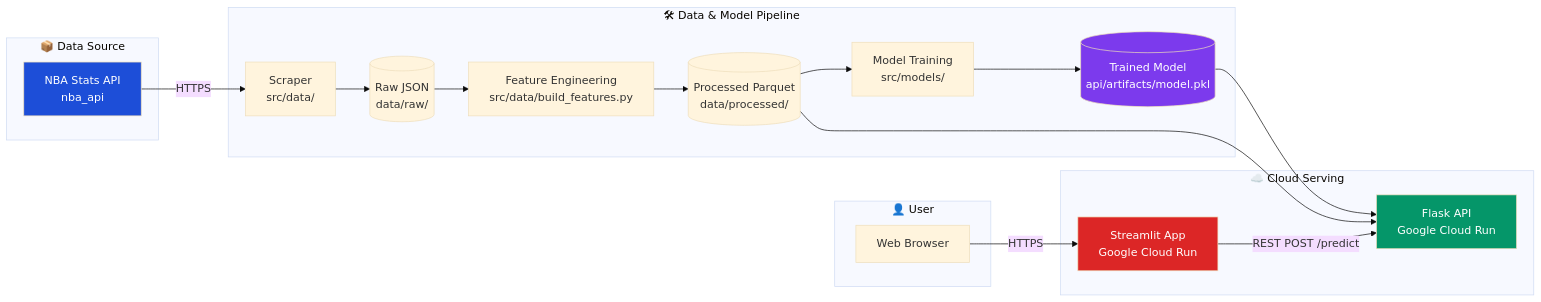
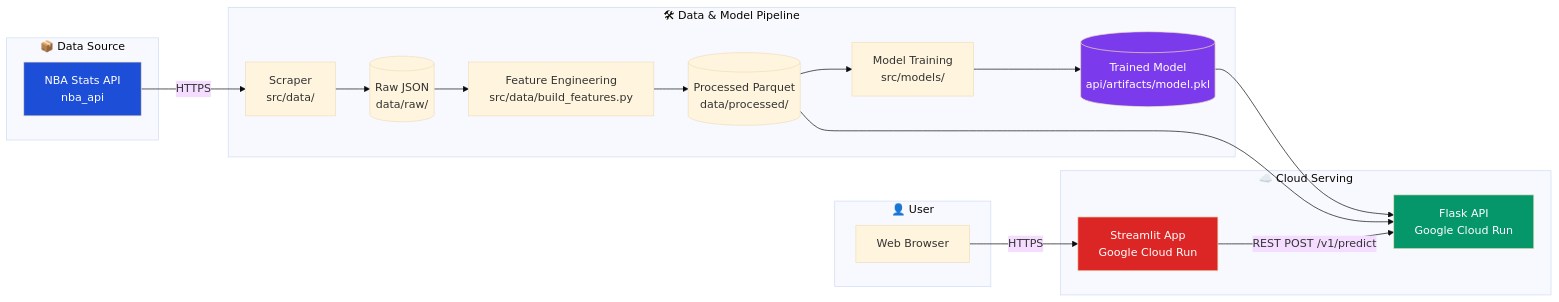
Before and after one commit to hyuan21/stat418-final-project: the diagram in README.md, drawn with Mermaid (base theme). The commit also changed other lines of this file and 2 other files, not shown here.

Commit message:
Sync docs: API /v1 endpoints, notebooks README matches files, README polish

````diff
--- a/README.md
+++ b/README.md
@@ -44,40 +44,40 @@
 ```mermaid
 flowchart LR
     subgraph DataSource["📦 Data Source"]
         NBA[NBA Stats API<br/>nba_api]
     end
 
     subgraph Pipeline["🛠 Data & Model Pipeline"]
         Scrape[Scraper<br/>src/data/]
         Raw[(Raw JSON<br/>data/raw/)]
         Feat[Feature Engineering<br/>src/data/build_features.py]
         Proc[(Processed Parquet<br/>data/processed/)]
         Train[Model Training<br/>src/models/]
         Model[(Trained Model<br/>api/artifacts/model.pkl)]
     end
 
     subgraph Serving["☁️ Cloud Serving"]
         API[Flask API<br/>Google Cloud Run]
         APP[Streamlit App<br/>Google Cloud Run]
     end
 
     subgraph User["👤 User"]
         Browser[Web Browser]
     end
 
     NBA -->|HTTPS| Scrape
     Scrape --> Raw
     Raw --> Feat
     Feat --> Proc
     Proc --> Train
     Train --> Model
     Model --> API
     Proc --> API
-    APP -->|REST POST /predict| API
+    APP -->|REST POST /v1/predict| API
     Browser -->|HTTPS| APP
 
     style NBA fill:#1d4ed8,color:#fff
     style API fill:#059669,color:#fff
     style APP fill:#dc2626,color:#fff
     style Model fill:#7c3aed,color:#fff
 ```
````
